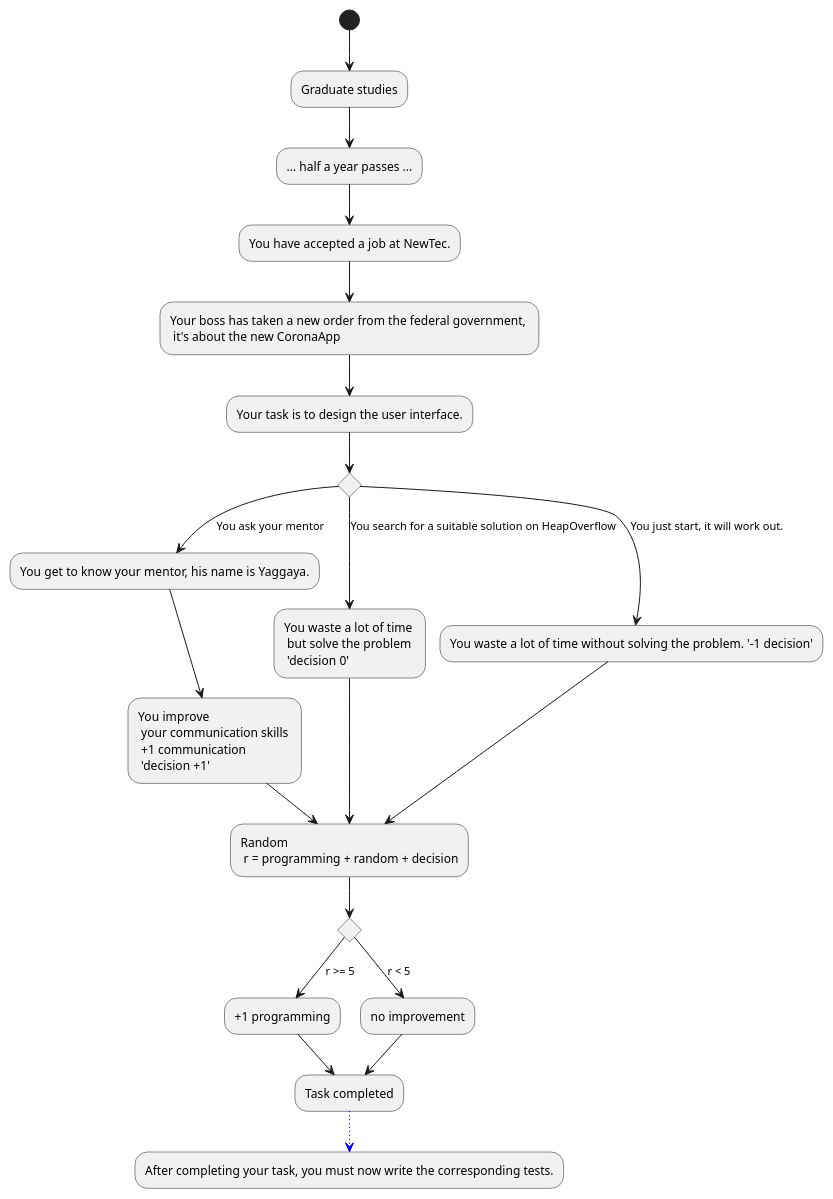
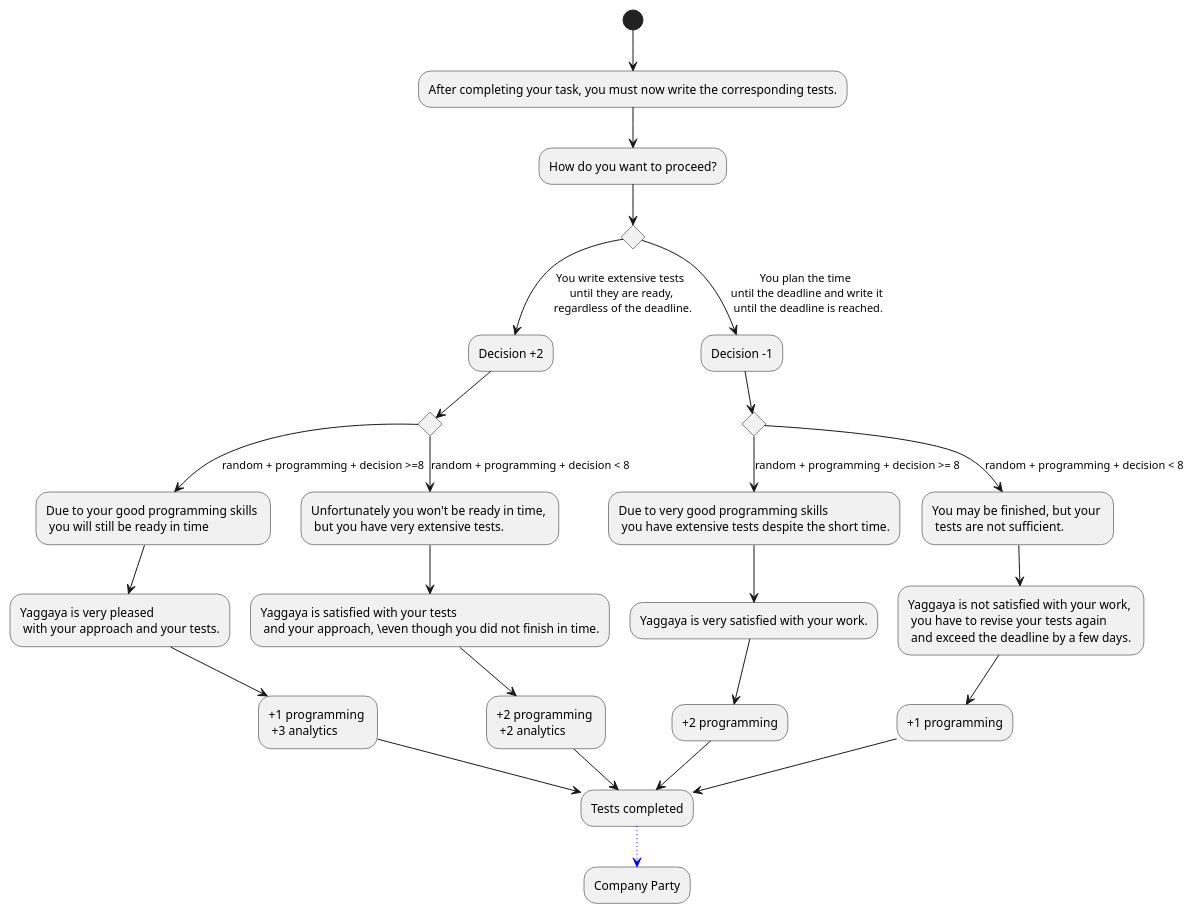
Before and after one commit to Brotenko/QualityQuest: the diagram in Docs/Technical Specifications/docs/diagrams/StoryFlow/StoryFlow_Decision_5.puml, drawn with PlantUML. The commit also changed 28 other files, not shown here.

```diff
--- a/Docs/Technical Specifications/docs/diagrams/StoryFlow/StoryFlow_Decision_5.puml
+++ b/Docs/Technical Specifications/docs/diagrams/StoryFlow/StoryFlow_Decision_5.puml
@@ -1,33 +1,38 @@
 @startuml
-(*) --> "Graduate studies" as as
---> "... half a year passes ..."
---> "You have accepted a job at NewTec."
---> "Your boss has taken a new order from the federal government, \n it's about the new CoronaApp" as a1
---> "Your task is to design the user interface."
+(*) --> "After completing your task, you must now write the corresponding tests."
+--> "How do you want to proceed?" as wie
 if "" then
---> [You ask your mentor] "You get to know your mentor, his name is Yaggaya."
---> "You improve \n your communication skills \n +1 communication \n 'decision +1'" as a
+--> [You write extensive tests \n until they are ready, \n regardless of the deadline.] "Decision +2" as d1
+if " " then 
+--> [random + programming + decision >=8] "Due to your good programming skills \n you will still be ready in time"
+--> "Yaggaya is very pleased \n with your approach and your tests."
+--> "+1 programming \n +3 analytics" as a1
+else 
+--> [random + programming + decision < 8] "Unfortunately you won't be ready in time, \n but you have very extensive tests."
+--> "Yaggaya is satisfied with your tests \n and your approach, \even though you did not finish in time."
+--> "+2 programming \n +2 analytics" as a2
+endif
 else
---> [You search for a suitable solution on HeapOverflow] "You waste a lot of time \n but solve the problem \n 'decision 0'" as b
-else
---> [You just start, it will work out.] "You waste a lot of time without solving the problem. '-1 decision'" as c
+ --> [You plan the time \n until the deadline and write it \n until the deadline is reached.] "Decision -1" as d2
+if " " then 
+--> [random + programming + decision >= 8] "Due to very good programming skills \n you have extensive tests despite the short time."
+--> "Yaggaya is very satisfied with your work."
+--> "+2 programming" as a3
+else 
+--> [random + programming + decision < 8] "You may be finished, but your \n tests are not sufficient."
+--> "Yaggaya is not satisfied with your work, \n you have to revise your tests again \n and exceed the deadline by a few days."
+--> "+1 programming" as a4
+endif
+endif
 
-a --> "Random \n r = programming + random + decision" as r
-b --> r
-c --> r
-
-if "" then
---> [r >= 5] "+1 programming" as p1
-else
---> [r < 5] "no improvement"
-
---> "Task completed" as aa
-
-p1 --> aa
+a1 --> "Tests completed" as ta
+a2 --> ta
+a3 --> ta
+a4 --> ta
+ta -[#blue,dotted]-> "Company Party"
 
 
--[#blue,dotted]-> "After completing your task, you must now write the corresponding tests."
 
 
 
 @enduml
```
